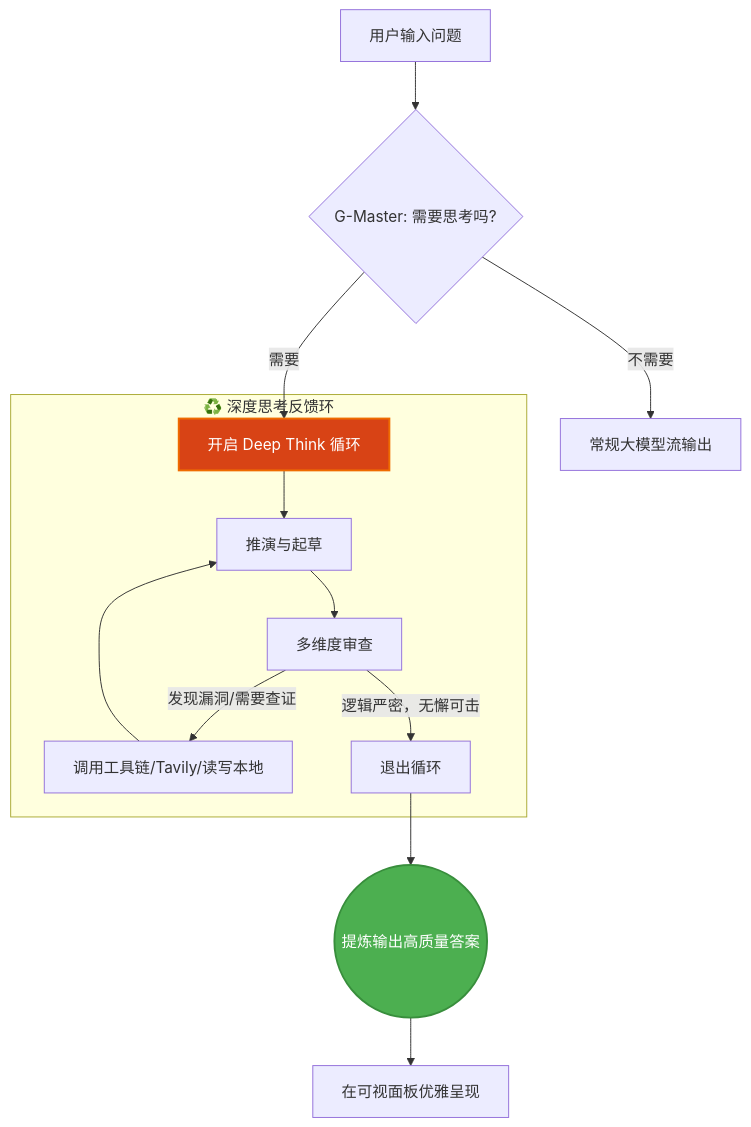
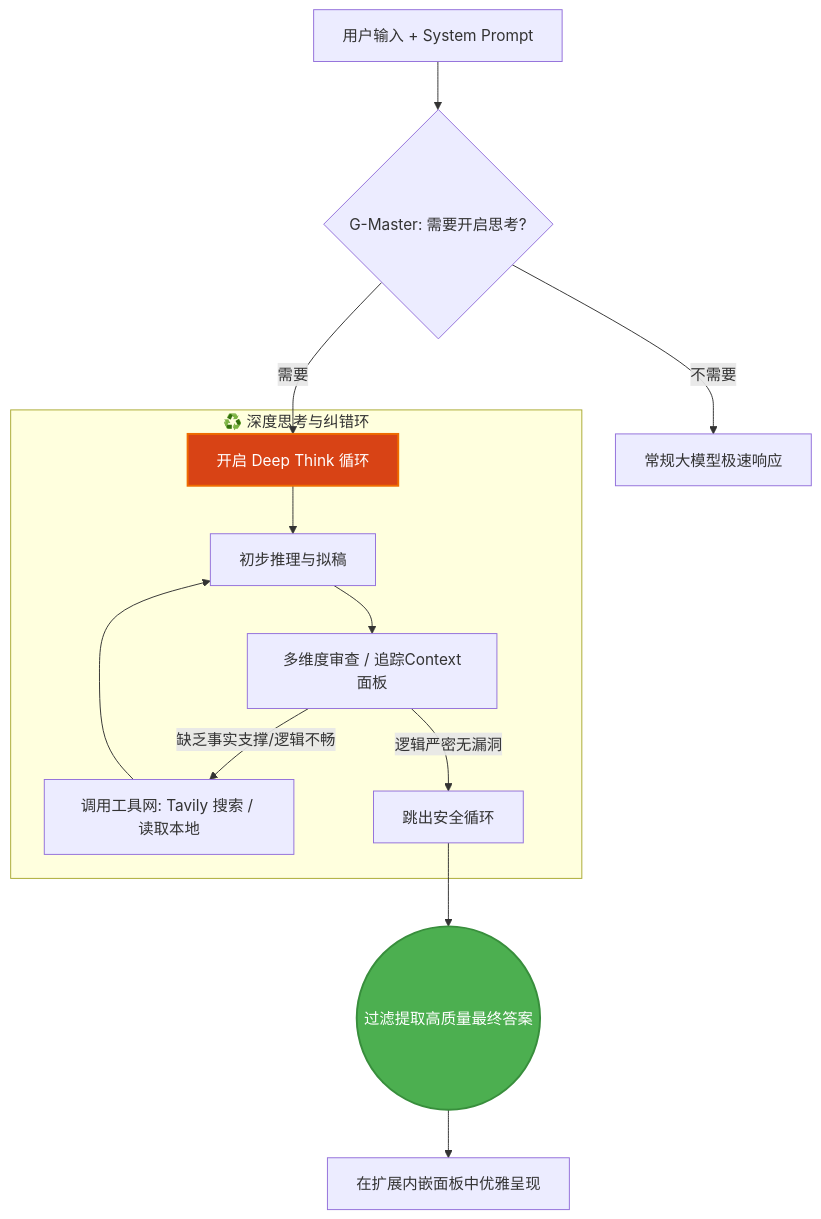
The diagram in README_CN.md (LiWeny16/G-Master), drawn with Mermaid before and after one commit. The commit also changed other lines of this file and 2 other files, not shown here.

````diff
--- a/README_CN.md
+++ b/README_CN.md
@@ -62,20 +70,20 @@
 ```mermaid
 graph TD
-    A[用户输入问题] --> B{G-Master: 需要思考吗?}
-    B -- 不需要 --> C[常规大模型流输出]
+    A[用户输入 + System Prompt] --> B{G-Master: 需要开启思考?}
+    B -- 不需要 --> C[常规大模型极速响应]
     B -- 需要 --> D[开启 Deep Think 循环]
     
-    subgraph Loop [♻️ 深度思考反馈环]
-    D --> E[推演与起草]
-    E --> F[多维度审查]
-    F --> |发现漏洞/需要查证| G[调用工具链/Tavily/读写本地]
+    subgraph Loop [♻️ 深度思考与纠错环]
+    D --> E[初步推理与拟稿]
+    E --> F[多维度审查 / 追踪Context面板]
+    F --> |缺乏事实支撑/逻辑不畅| G[调用工具网: Tavily 搜索 / 读取本地]
     G --> E
-    F --> |逻辑严密，无懈可击| H[退出循环]
+    F --> |逻辑严密无漏洞| H[跳出安全循环]
     end
     
-    H --> I((提炼输出高质量答案))
-    I --> J[在可视面板优雅呈现]
+    H --> I((过滤提取高质量最终答案))
+    I --> J[在扩展内嵌面板中优雅呈现]
     
     style I fill:#4CAF50,stroke:#388E3C,stroke-width:2px,color:#fff
     style D fill:#D84315,stroke:#EF6C00,stroke-width:2px,color:#fff
 ```
````
